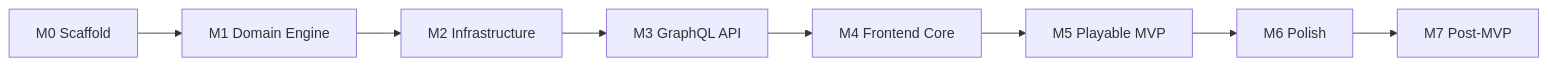
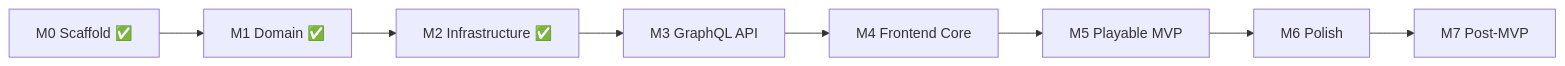
Before and after one commit to tiago4vita/6-nimmt: the diagram in .cursor/roadmap.md, drawn with Mermaid. The commit also changed other lines of this file and 10 other files, not shown here.

````diff
--- a/.cursor/roadmap.md
+++ b/.cursor/roadmap.md
@@ -31,10 +53,10 @@
 ```mermaid
 flowchart LR
-  M0[M0 Scaffold] --> M1[M1 Domain Engine]
-  M1 --> M2[M2 Infrastructure]
+  M0[M0 Scaffold ✅] --> M1[M1 Domain ✅]
+  M1 --> M2[M2 Infrastructure ✅]
   M2 --> M3[M3 GraphQL API]
   M3 --> M4[M4 Frontend Core]
   M4 --> M5[M5 Playable MVP]
   M5 --> M6[M6 Polish]
   M6 --> M7[M7 Post-MVP]
 ```
````
